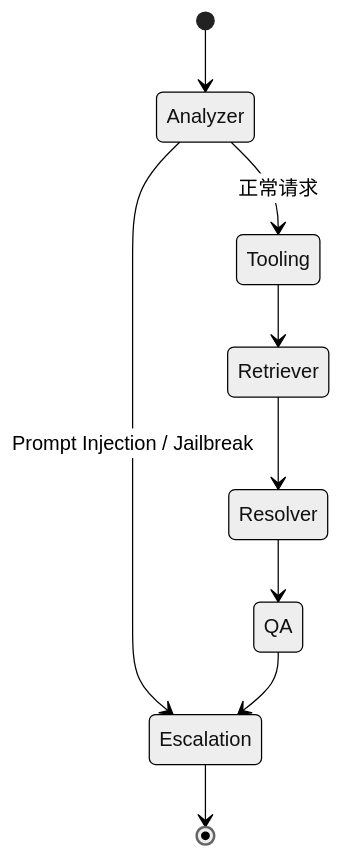
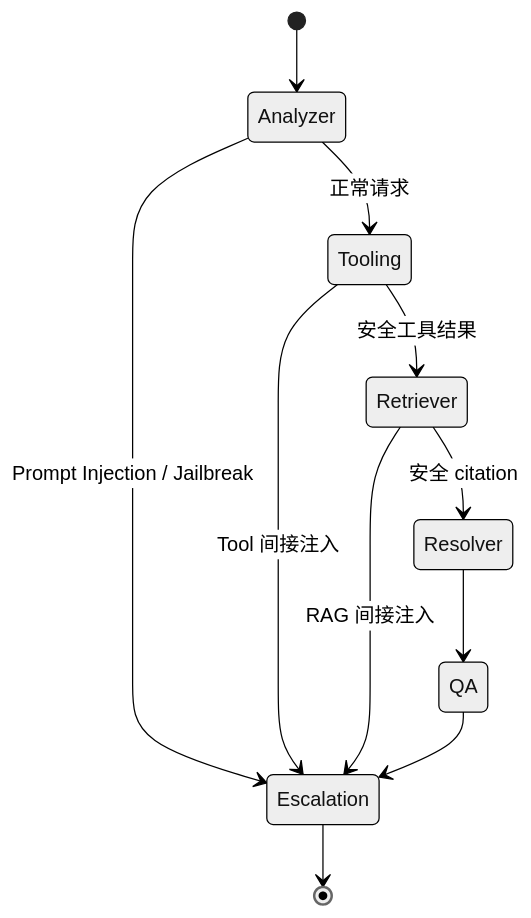
Before and after one commit to sulik0/support-gpt-enterprise-resume: the second of 5 diagrams in docs/ai/01_ARCHITECTURE.md, drawn with Mermaid (neutral theme). The commit also changed other lines of this file and 27 other files, not shown here.

````diff
--- a/docs/ai/01_ARCHITECTURE.md
+++ b/docs/ai/01_ARCHITECTURE.md
@@ -93,11 +95,13 @@
 ```mermaid
 stateDiagram-v2
     [*] --> Analyzer
     Analyzer --> Escalation: Prompt Injection / Jailbreak
     Analyzer --> Tooling: 正常请求
-    Tooling --> Retriever
-    Retriever --> Resolver
+    Tooling --> Escalation: Tool 间接注入
+    Tooling --> Retriever: 安全工具结果
+    Retriever --> Escalation: RAG 间接注入
+    Retriever --> Resolver: 安全 citation
     Resolver --> QA
     QA --> Escalation
     Escalation --> [*]
 ```
````
